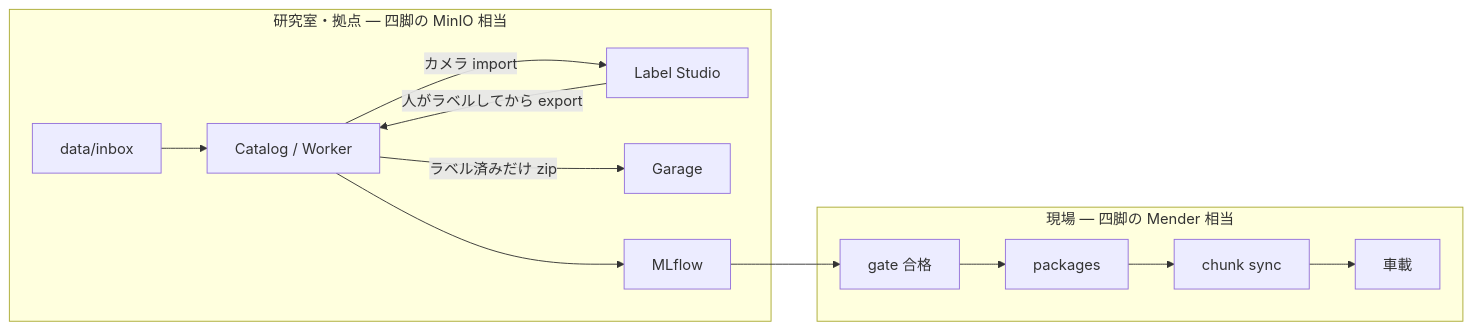
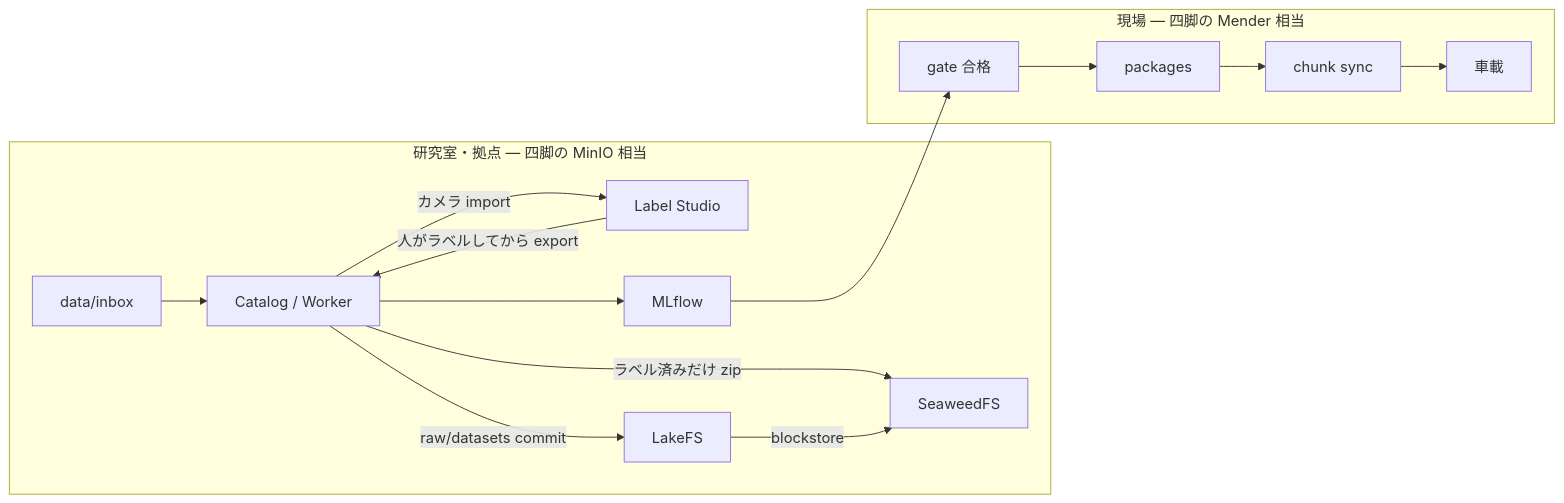
Before and after one commit to xeno1983/MLOPs_DEV: the diagram in docs/workflow.md, drawn with Mermaid. The commit also changed other lines of this file and 73 other files, not shown here.

First line of the commit message:
Replace Garage/DVC with SeaweedFS+LakeFS and harden on-prem CARLA/E2E paths.

````diff
--- a/docs/workflow.md
+++ b/docs/workflow.md
@@ -58,23 +58,26 @@
 ```mermaid
 flowchart LR
   subgraph research [研究室・拠点 — 四脚の MinIO 相当]
     IN[data/inbox]
     CAT[Catalog / Worker]
     LS[Label Studio]
-    GAR[Garage]
+    SW[SeaweedFS]
+    LK[LakeFS]
     MF[MLflow]
     IN --> CAT
     CAT -->|カメラ import| LS
     LS -->|人がラベルしてから export| CAT
-    CAT -->|ラベル済みだけ zip| GAR
+    CAT -->|ラベル済みだけ zip| SW
+    CAT -->|raw/datasets commit| LK
+    LK -->|blockstore| SW
     CAT --> MF
   end
   subgraph field [現場 — 四脚の Mender 相当]
     GATE[gate 合格]
     PKG[packages]
     SYNC[chunk sync]
     UGV[車載]
     GATE --> PKG --> SYNC --> UGV
   end
   MF --> GATE
 ```
````
